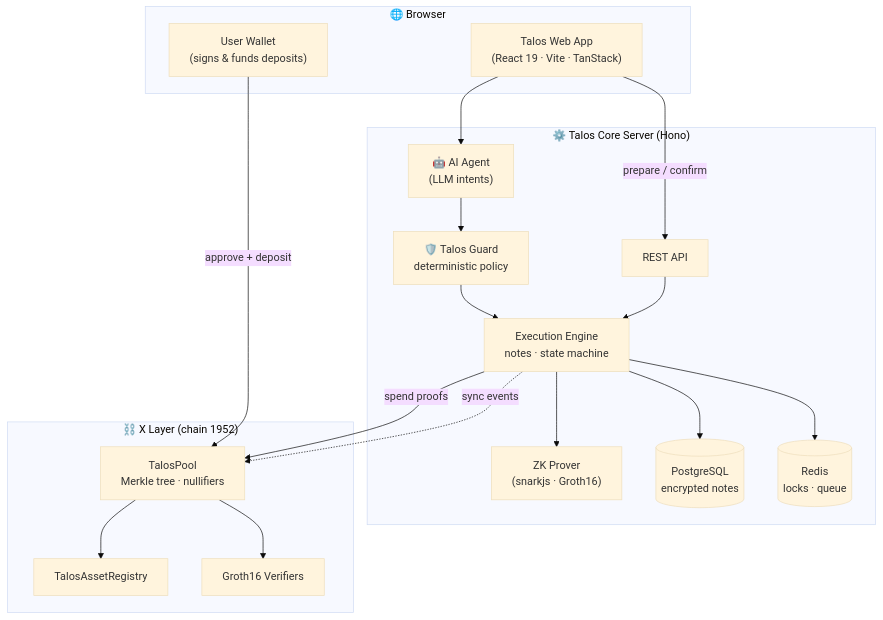
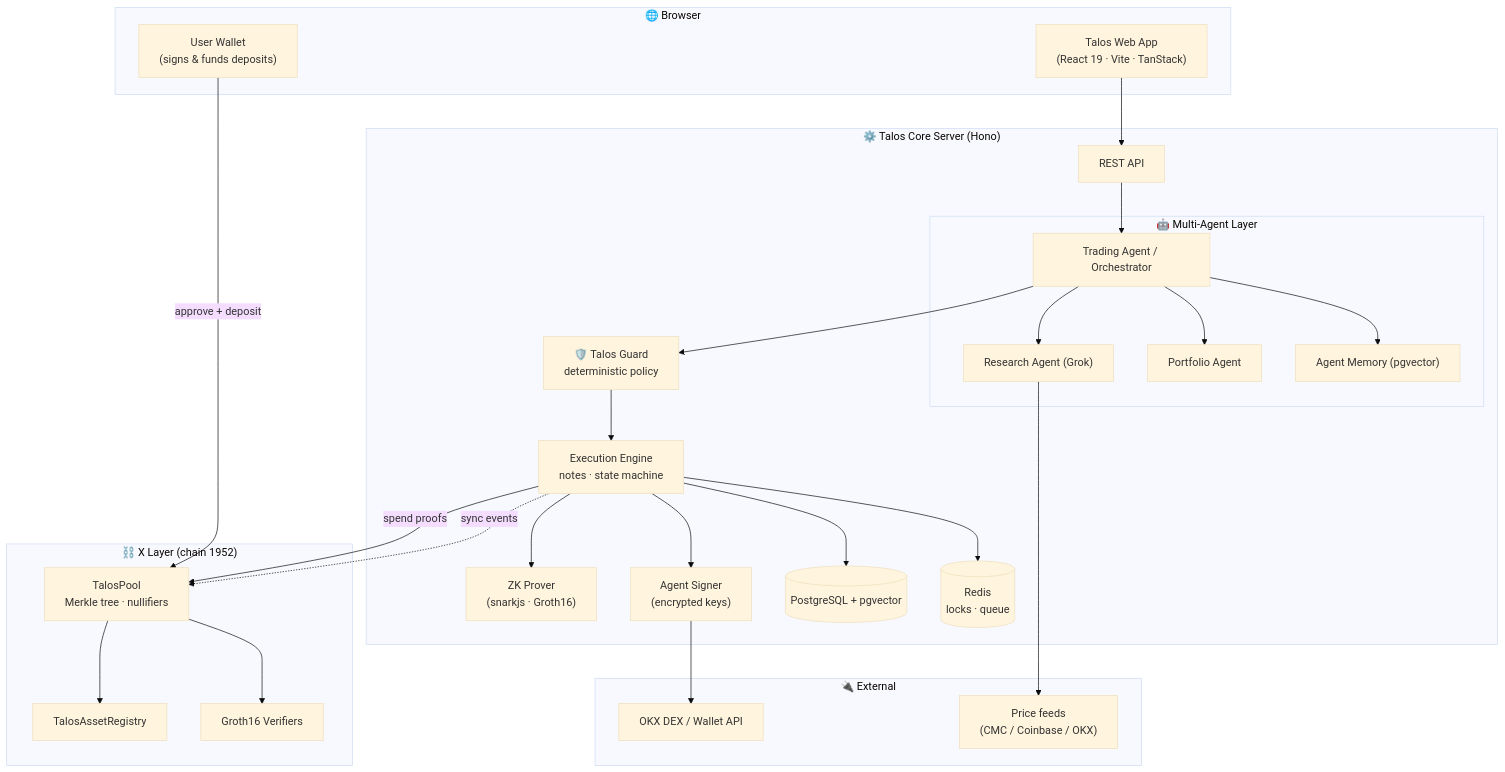
The first of 5 diagrams in README.md (cypherpulse/talos), drawn with Mermaid (base theme) before and after one commit. The commit also changed other lines of this file, not shown here.

````diff
--- a/README.md
+++ b/README.md
@@ -87,37 +133,51 @@
 ```mermaid
 flowchart TB
     subgraph Client["🌐 Browser"]
         UI["Talos Web App<br/>(React 19 · Vite · TanStack)"]
         Wallet["User Wallet<br/>(signs & funds deposits)"]
     end
 
     subgraph Core["⚙️ Talos Core Server (Hono)"]
         API["REST API"]
+        subgraph Agents["🤖 Multi-Agent Layer"]
+            Orch["Trading Agent / Orchestrator"]
+            Research["Research Agent (Grok)"]
+            Portfolio["Portfolio Agent"]
+            Memory["Agent Memory (pgvector)"]
+        end
         Guard["🛡️ Talos Guard<br/>deterministic policy"]
-        Agent["🤖 AI Agent<br/>(LLM intents)"]
         Engine["Execution Engine<br/>notes · state machine"]
         Proofs["ZK Prover<br/>(snarkjs · Groth16)"]
-        DB[("PostgreSQL<br/>encrypted notes")]
+        Signer["Agent Signer<br/>(encrypted keys)"]
+        DB[("PostgreSQL + pgvector")]
         Q[("Redis<br/>locks · queue")]
+    end
+
+    subgraph Ext["🔌 External"]
+        OKX["OKX DEX / Wallet API"]
+        Price["Price feeds<br/>(CMC / Coinbase / OKX)"]
     end
 
     subgraph Chain["⛓️ X Layer (chain 1952)"]
         Pool["TalosPool<br/>Merkle tree · nullifiers"]
         Registry["TalosAssetRegistry"]
         Verifiers["Groth16 Verifiers"]
     end
 
-    UI -->|prepare / confirm| API
-    UI --> Agent
+    UI --> API
     Wallet -->|approve + deposit| Pool
-    Agent --> Guard
+    API --> Orch
+    Orch --> Research --> Price
+    Orch --> Portfolio
+    Orch --> Memory
+    Orch --> Guard
     Guard --> Engine
-    API --> Engine
     Engine --> Proofs
+    Engine --> Signer --> OKX
     Engine --> DB
     Engine --> Q
     Engine -->|spend proofs| Pool
     Pool --> Verifiers
     Pool --> Registry
     Engine -.->|sync events| Pool
 ```
````
